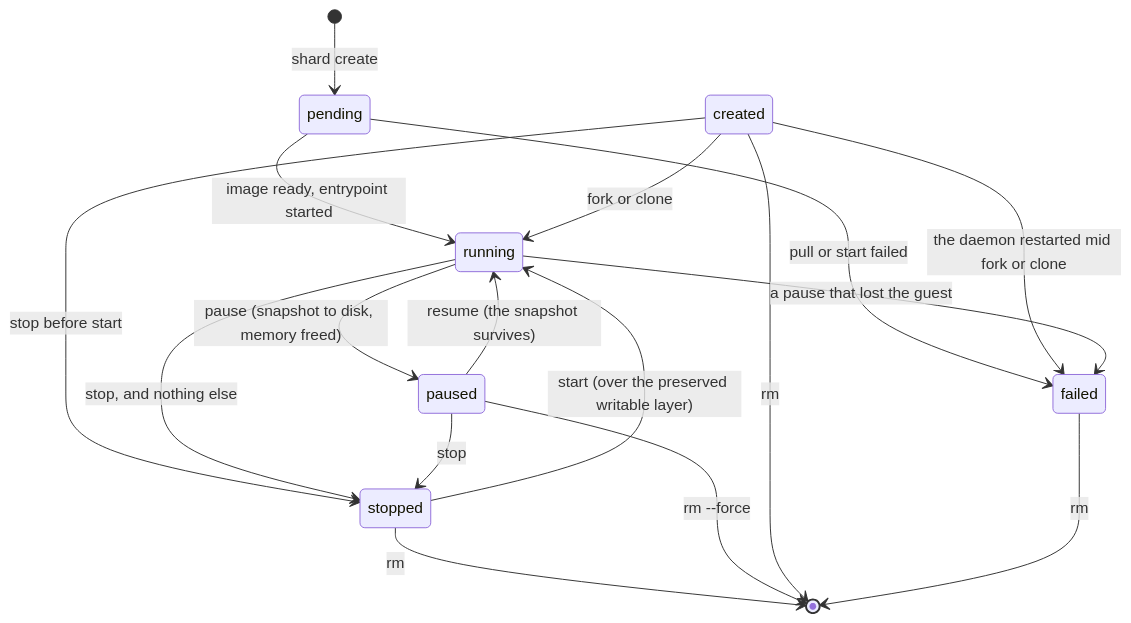
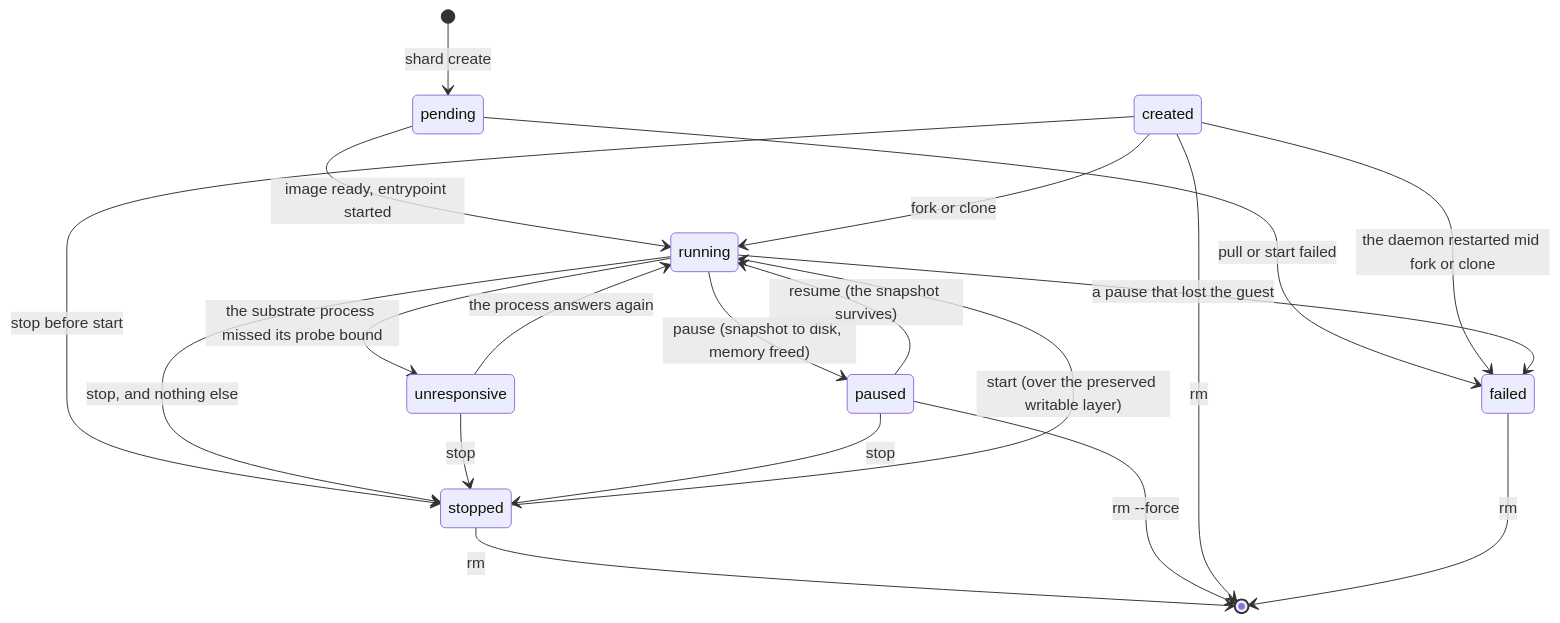
One commit to lusavova/shard changed the diagram in docs/state-machine.md. Above: the diagram before and after it, drawn with Mermaid. The commit also changed other lines of this file and 71 other files, not shown here.

````diff
--- a/docs/state-machine.md
+++ b/docs/state-machine.md
@@ -6,19 +6,22 @@
 ```mermaid
 stateDiagram-v2
     [*] --> pending: shard create
     pending --> running: image ready, entrypoint started
     pending --> failed: pull or start failed
     created --> running: fork or clone
     created --> stopped: stop before start
     created --> failed: the daemon restarted mid fork or clone
     running --> paused: pause (snapshot to disk, memory freed)
     running --> stopped: stop, and nothing else
     running --> failed: a pause that lost the guest
+    running --> unresponsive: the substrate process missed its probe bound
+    unresponsive --> running: the process answers again
+    unresponsive --> stopped: stop
     paused --> running: resume (the snapshot survives)
     paused --> stopped: stop
     stopped --> running: start (over the preserved writable layer)
     stopped --> [*]: rm
     paused --> [*]: rm --force
     created --> [*]: rm
     failed --> [*]: rm
 ```
````
